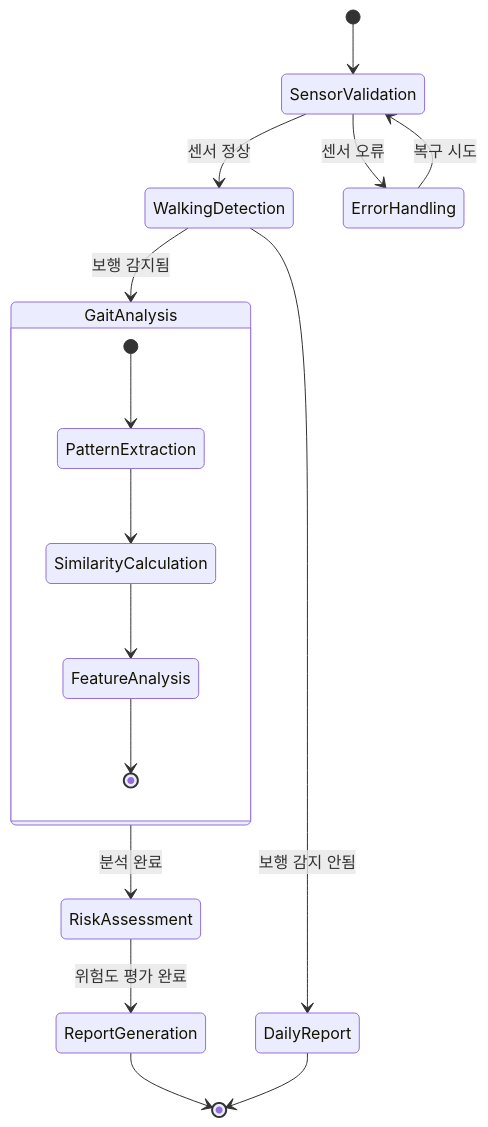
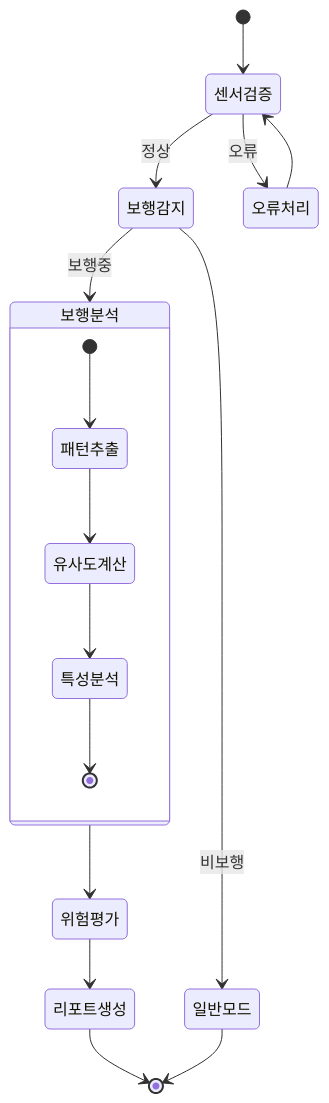
Before and after one commit to Sangu1nine/WalkerHolic: the third of 5 diagrams in project_workflow_diagram.md, drawn with Mermaid. The commit also changed other lines of this file and 1 other file, not shown here.

````diff
--- a/project_workflow_diagram.md
+++ b/project_workflow_diagram.md
@@ -323,23 +105,23 @@
 ```mermaid
 stateDiagram-v2
-    [*] --> SensorValidation
-    SensorValidation --> WalkingDetection : 센서 정상
-    SensorValidation --> ErrorHandling : 센서 오류
+    [*] --> 센서검증
+    센서검증 --> 보행감지 : 정상
+    센서검증 --> 오류처리 : 오류
     
-    WalkingDetection --> GaitAnalysis : 보행 감지됨
-    WalkingDetection --> DailyReport : 보행 감지 안됨
+    보행감지 --> 보행분석 : 보행중
+    보행감지 --> 일반모드 : 비보행
     
-    GaitAnalysis --> RiskAssessment : 분석 완료
-    RiskAssessment --> ReportGeneration : 위험도 평가 완료
+    보행분석 --> 위험평가
+    위험평가 --> 리포트생성
     
-    ReportGeneration --> [*]
-    ErrorHandling --> SensorValidation : 복구 시도
-    DailyReport --> [*]
+    리포트생성 --> [*]
+    오류처리 --> 센서검증
+    일반모드 --> [*]
     
-    state GaitAnalysis {
-        [*] --> PatternExtraction
-        PatternExtraction --> SimilarityCalculation
-        SimilarityCalculation --> FeatureAnalysis
-        FeatureAnalysis --> [*]
+    state 보행분석 {
+        [*] --> 패턴추출
+        패턴추출 --> 유사도계산
+        유사도계산 --> 특성분석
+        특성분석 --> [*]
     }
 ```
````
